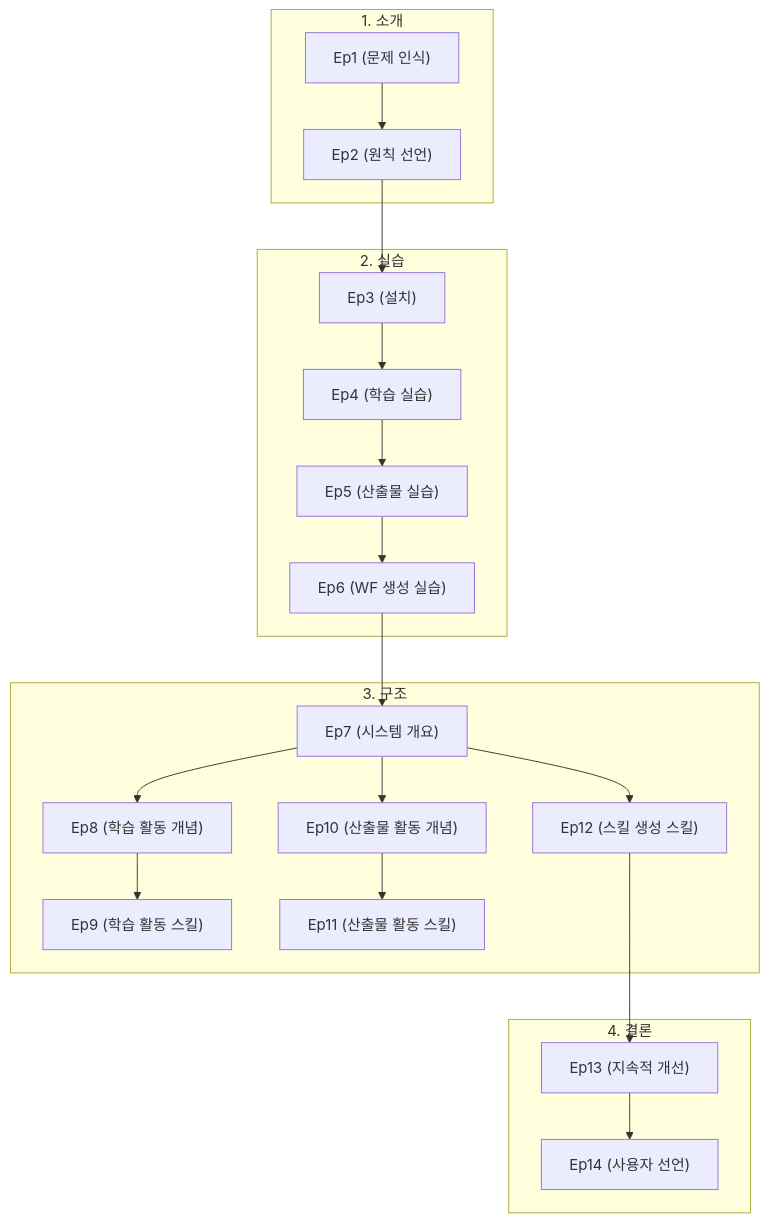
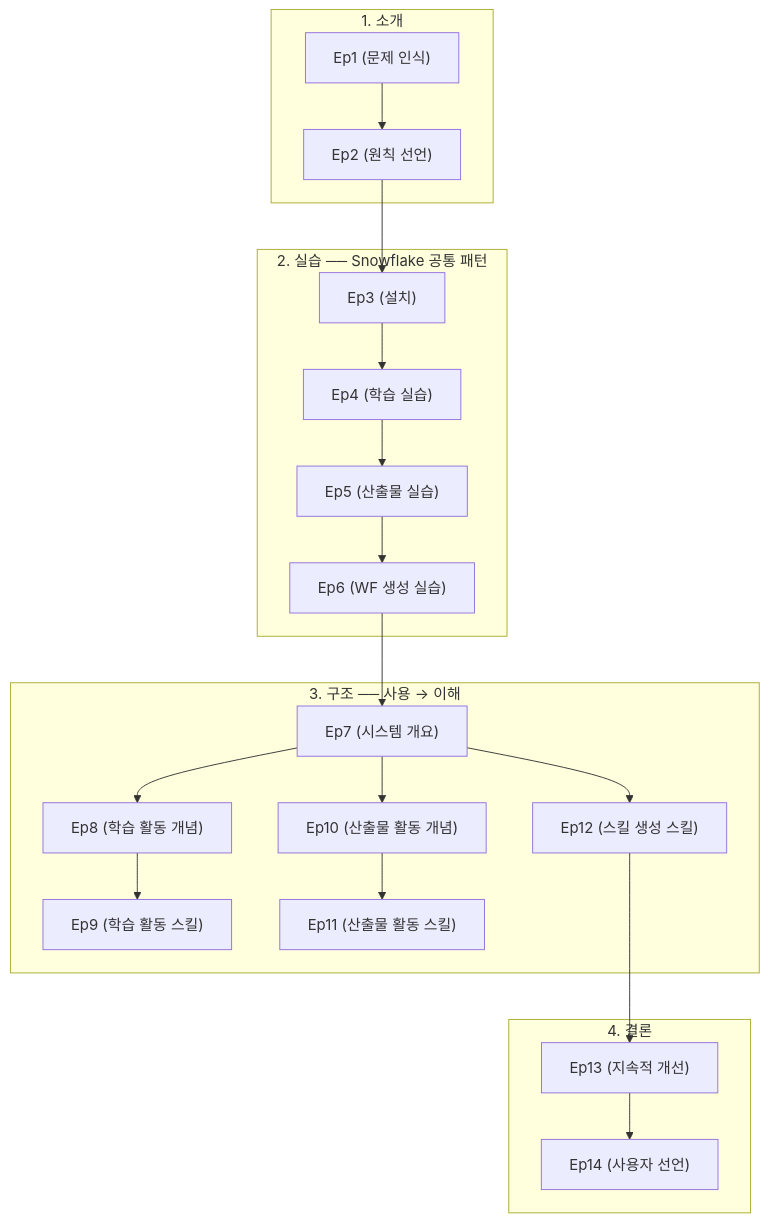
The diagram in examples/blog/outline.md (cocrates/cocrates.ai), drawn with Mermaid before and after one commit. The commit also changed other lines of this file and 576 other files, not shown here.

````diff
--- a/examples/blog/outline.md
+++ b/examples/blog/outline.md
@@ -54,40 +54,40 @@
 ```mermaid
 flowchart TD
     subgraph intro["1. 소개"]
         Ep1["Ep1 (문제 인식)"]
         Ep2["Ep2 (원칙 선언)"]
     end
 
-    subgraph practice["2. 실습"]
+    subgraph practice["2. 실습 ── Snowflake 공통 패턴"]
         Ep3["Ep3 (설치)"]
         Ep4["Ep4 (학습 실습)"]
         Ep5["Ep5 (산출물 실습)"]
         Ep6["Ep6 (WF 생성 실습)"]
     end
 
-    subgraph structure["3. 구조"]
+    subgraph structure["3. 구조 ── 사용 → 이해"]
         Ep7["Ep7 (시스템 개요)"]
         Ep8["Ep8 (학습 활동 개념)"]
         Ep9["Ep9 (학습 활동 스킬)"]
         Ep10["Ep10 (산출물 활동 개념)"]
         Ep11["Ep11 (산출물 활동 스킬)"]
         Ep12["Ep12 (스킬 생성 스킬)"]
     end
 
     subgraph conclusion["4. 결론"]
         Ep13["Ep13 (지속적 개선)"]
         Ep14["Ep14 (사용자 선언)"]
     end
 
     Ep1 --> Ep2
 
     Ep2 --> Ep3
     Ep3 --> Ep4 --> Ep5 --> Ep6
 
     Ep6 --> Ep7
     Ep7 --> Ep8 --> Ep9
     Ep7 --> Ep10 --> Ep11
     Ep7 --> Ep12
 
     Ep12 ---> Ep13 --> Ep14
 ```
````
